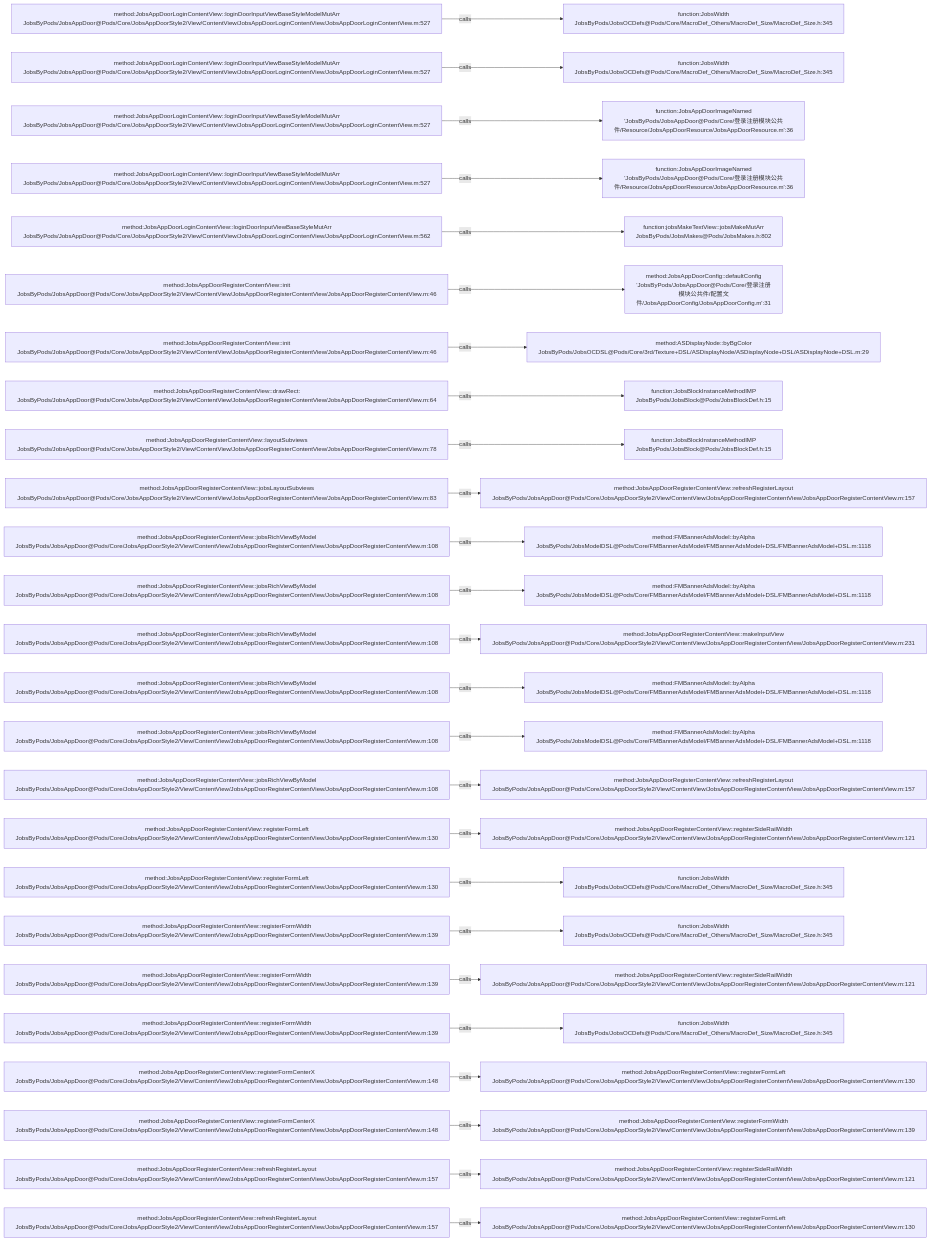
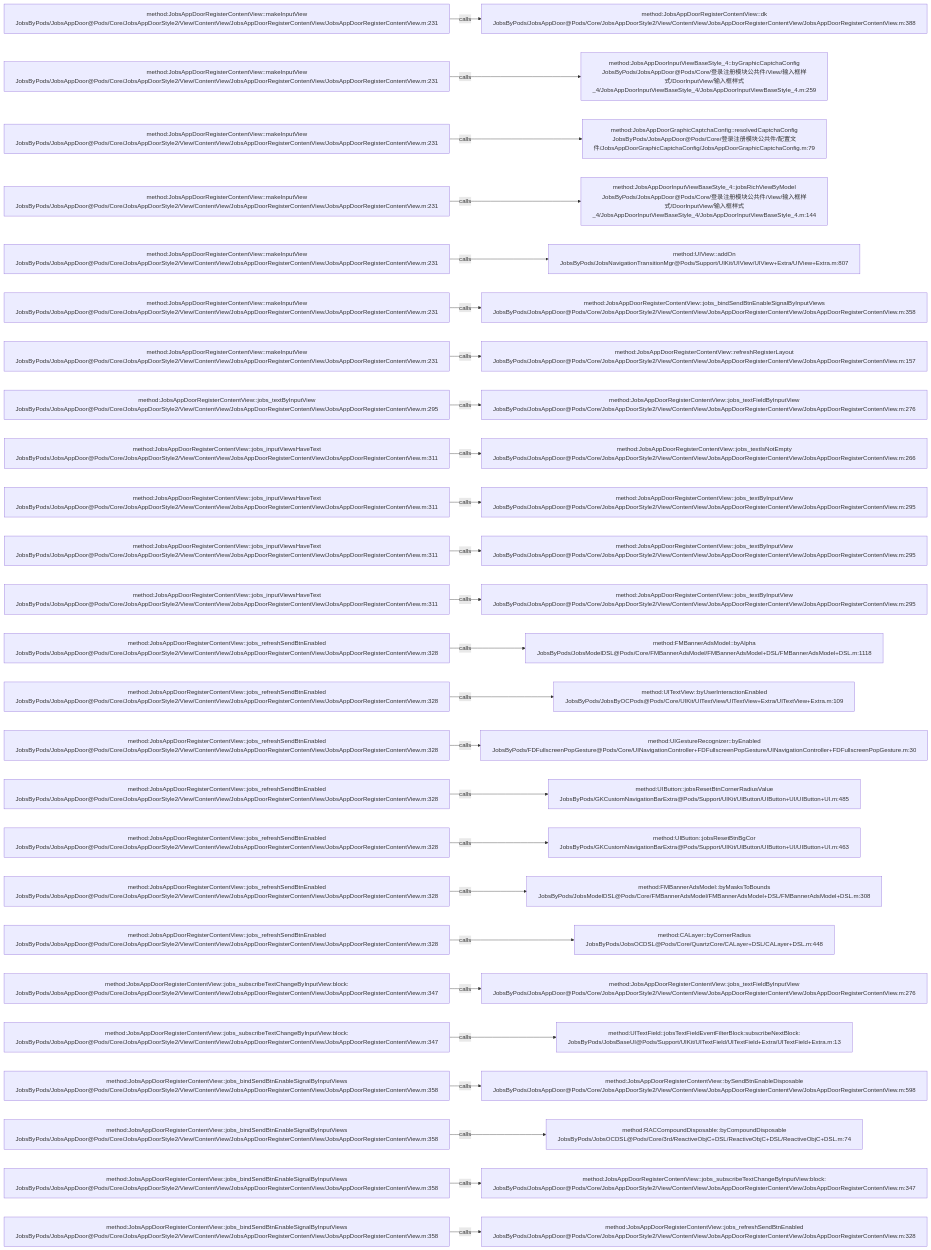
One commit to JobsKits/JobsOCBaseConfigDemo changed the diagram in .codegraph/codegraph.md/graphs/calls-128.md. Above: the diagram before and after it, drawn with Mermaid. The commit also changed 223 other files, not shown here.

````diff
--- a/.codegraph/codegraph.md/graphs/calls-128.md
+++ b/.codegraph/codegraph.md/graphs/calls-128.md
@@ -13,78 +13,78 @@
 ```mermaid
 flowchart LR
-  S1["method:JobsAppDoorLoginContentView::loginDoorInputViewBaseStyleModelMutArr<br/>JobsByPods/JobsAppDoor@Pods/Core/JobsAppDoorStyle2/View/ContentView/JobsAppDoorLoginContentView/JobsAppDoorLoginContentView.m:527"]
-  T1["function:JobsWidth<br/>JobsByPods/JobsOCDefs@Pods/Core/MacroDef_Others/MacroDef_Size/MacroDef_Size.h:345"]
+  S1["method:JobsAppDoorRegisterContentView::makeInputView<br/>JobsByPods/JobsAppDoor@Pods/Core/JobsAppDoorStyle2/View/ContentView/JobsAppDoorRegisterContentView/JobsAppDoorRegisterContentView.m:231"]
+  T1["method:JobsAppDoorRegisterContentView::dk<br/>JobsByPods/JobsAppDoor@Pods/Core/JobsAppDoorStyle2/View/ContentView/JobsAppDoorRegisterContentView/JobsAppDoorRegisterContentView.m:388"]
   S1 -->|calls| T1
-  S2["method:JobsAppDoorLoginContentView::loginDoorInputViewBaseStyleModelMutArr<br/>JobsByPods/JobsAppDoor@Pods/Core/JobsAppDoorStyle2/View/ContentView/JobsAppDoorLoginContentView/JobsAppDoorLoginContentView.m:527"]
-  T2["function:JobsWidth<br/>JobsByPods/JobsOCDefs@Pods/Core/MacroDef_Others/MacroDef_Size/MacroDef_Size.h:345"]
+  S2["method:JobsAppDoorRegisterContentView::makeInputView<br/>JobsByPods/JobsAppDoor@Pods/Core/JobsAppDoorStyle2/View/ContentView/JobsAppDoorRegisterContentView/JobsAppDoorRegisterContentView.m:231"]
+  T2["method:JobsAppDoorInputViewBaseStyle_4::byGraphicCaptchaConfig<br/>JobsByPods/JobsAppDoor@Pods/Core/登录注册模块公共件/View/输入框样式/DoorInputView/输入框样式_4/JobsAppDoorInputViewBaseStyle_4/JobsAppDoorInputViewBaseStyle_4.m:259"]
   S2 -->|calls| T2
-  S3["method:JobsAppDoorLoginContentView::loginDoorInputViewBaseStyleModelMutArr<br/>JobsByPods/JobsAppDoor@Pods/Core/JobsAppDoorStyle2/View/ContentView/JobsAppDoorLoginContentView/JobsAppDoorLoginContentView.m:527"]
-  T3["function:JobsAppDoorImageNamed<br/>'JobsByPods/JobsAppDoor@Pods/Core/登录注册模块公共件/Resource/JobsAppDoorResource/JobsAppDoorResource.m':36"]
+  S3["method:JobsAppDoorRegisterContentView::makeInputView<br/>JobsByPods/JobsAppDoor@Pods/Core/JobsAppDoorStyle2/View/ContentView/JobsAppDoorRegisterContentView/JobsAppDoorRegisterContentView.m:231"]
+  T3["method:JobsAppDoorGraphicCaptchaConfig::resolvedCaptchaConfig<br/>JobsByPods/JobsAppDoor@Pods/Core/登录注册模块公共件/配置文件/JobsAppDoorGraphicCaptchaConfig/JobsAppDoorGraphicCaptchaConfig.m:79"]
   S3 -->|calls| T3
-  S4["method:JobsAppDoorLoginContentView::loginDoorInputViewBaseStyleModelMutArr<br/>JobsByPods/JobsAppDoor@Pods/Core/JobsAppDoorStyle2/View/ContentView/JobsAppDoorLoginContentView/JobsAppDoorLoginContentView.m:527"]
-  T4["function:JobsAppDoorImageNamed<br/>'JobsByPods/JobsAppDoor@Pods/Core/登录注册模块公共件/Resource/JobsAppDoorResource/JobsAppDoorResource.m':36"]
+  S4["method:JobsAppDoorRegisterContentView::makeInputView<br/>JobsByPods/JobsAppDoor@Pods/Core/JobsAppDoorStyle2/View/ContentView/JobsAppDoorRegisterContentView/JobsAppDoorRegisterContentView.m:231"]
+  T4["method:JobsAppDoorInputViewBaseStyle_4::jobsRichViewByModel<br/>JobsByPods/JobsAppDoor@Pods/Core/登录注册模块公共件/View/输入框样式/DoorInputView/输入框样式_4/JobsAppDoorInputViewBaseStyle_4/JobsAppDoorInputViewBaseStyle_4.m:144"]
   S4 -->|calls| T4
-  S5["method:JobsAppDoorLoginContentView::loginDoorInputViewBaseStyleMutArr<br/>JobsByPods/JobsAppDoor@Pods/Core/JobsAppDoorStyle2/View/ContentView/JobsAppDoorLoginContentView/JobsAppDoorLoginContentView.m:562"]
-  T5["function:jobsMakeTextView::jobsMakeMutArr<br/>JobsByPods/JobsMakes@Pods/JobsMakes.h:802"]
+  S5["method:JobsAppDoorRegisterContentView::makeInputView<br/>JobsByPods/JobsAppDoor@Pods/Core/JobsAppDoorStyle2/View/ContentView/JobsAppDoorRegisterContentView/JobsAppDoorRegisterContentView.m:231"]
+  T5["method:UIView::addOn<br/>JobsByPods/JobsNavigationTransitionMgr@Pods/Support/UIKit/UIView/UIView+Extra/UIView+Extra.m:807"]
   S5 -->|calls| T5
-  S6["method:JobsAppDoorRegisterContentView::init<br/>JobsByPods/JobsAppDoor@Pods/Core/JobsAppDoorStyle2/View/ContentView/JobsAppDoorRegisterContentView/JobsAppDoorRegisterContentView.m:46"]
-  T6["method:JobsAppDoorConfig::defaultConfig<br/>'JobsByPods/JobsAppDoor@Pods/Core/登录注册模块公共件/配置文件/JobsAppDoorConfig/JobsAppDoorConfig.m':31"]
+  S6["method:JobsAppDoorRegisterContentView::makeInputView<br/>JobsByPods/JobsAppDoor@Pods/Core/JobsAppDoorStyle2/View/ContentView/JobsAppDoorRegisterContentView/JobsAppDoorRegisterContentView.m:231"]
+  T6["method:JobsAppDoorRegisterContentView::jobs_bindSendBtnEnableSignalByInputViews<br/>JobsByPods/JobsAppDoor@Pods/Core/JobsAppDoorStyle2/View/ContentView/JobsAppDoorRegisterContentView/JobsAppDoorRegisterContentView.m:358"]
   S6 -->|calls| T6
-  S7["method:JobsAppDoorRegisterContentView::init<br/>JobsByPods/JobsAppDoor@Pods/Core/JobsAppDoorStyle2/View/ContentView/JobsAppDoorRegisterContentView/JobsAppDoorRegisterContentView.m:46"]
-  T7["method:ASDisplayNode::byBgColor<br/>JobsByPods/JobsOCDSL@Pods/Core/3rd/Texture+DSL/ASDisplayNode/ASDisplayNode+DSL/ASDisplayNode+DSL.m:29"]
+  S7["method:JobsAppDoorRegisterContentView::makeInputView<br/>JobsByPods/JobsAppDoor@Pods/Core/JobsAppDoorStyle2/View/ContentView/JobsAppDoorRegisterContentView/JobsAppDoorRegisterContentView.m:231"]
+  T7["method:JobsAppDoorRegisterContentView::refreshRegisterLayout<br/>JobsByPods/JobsAppDoor@Pods/Core/JobsAppDoorStyle2/View/ContentView/JobsAppDoorRegisterContentView/JobsAppDoorRegisterContentView.m:157"]
   S7 -->|calls| T7
-  S8["method:JobsAppDoorRegisterContentView::drawRect:<br/>JobsByPods/JobsAppDoor@Pods/Core/JobsAppDoorStyle2/View/ContentView/JobsAppDoorRegisterContentView/JobsAppDoorRegisterContentView.m:64"]
-  T8["function:JobsBlockInstanceMethodIMP<br/>JobsByPods/JobsBlock@Pods/JobsBlockDef.h:15"]
+  S8["method:JobsAppDoorRegisterContentView::jobs_textByInputView<br/>JobsByPods/JobsAppDoor@Pods/Core/JobsAppDoorStyle2/View/ContentView/JobsAppDoorRegisterContentView/JobsAppDoorRegisterContentView.m:295"]
+  T8["method:JobsAppDoorRegisterContentView::jobs_textFieldByInputView<br/>JobsByPods/JobsAppDoor@Pods/Core/JobsAppDoorStyle2/View/ContentView/JobsAppDoorRegisterContentView/JobsAppDoorRegisterContentView.m:276"]
   S8 -->|calls| T8
-  S9["method:JobsAppDoorRegisterContentView::layoutSubviews<br/>JobsByPods/JobsAppDoor@Pods/Core/JobsAppDoorStyle2/View/ContentView/JobsAppDoorRegisterContentView/JobsAppDoorRegisterContentView.m:78"]
-  T9["function:JobsBlockInstanceMethodIMP<br/>JobsByPods/JobsBlock@Pods/JobsBlockDef.h:15"]
+  S9["method:JobsAppDoorRegisterContentView::jobs_inputViewsHaveText<br/>JobsByPods/JobsAppDoor@Pods/Core/JobsAppDoorStyle2/View/ContentView/JobsAppDoorRegisterContentView/JobsAppDoorRegisterContentView.m:311"]
+  T9["method:JobsAppDoorRegisterContentView::jobs_textIsNotEmpty<br/>JobsByPods/JobsAppDoor@Pods/Core/JobsAppDoorStyle2/View/ContentView/JobsAppDoorRegisterContentView/JobsAppDoorRegisterContentView.m:266"]
   S9 -->|calls| T9
-  S10["method:JobsAppDoorRegisterContentView::jobsLayoutSubviews<br/>JobsByPods/JobsAppDoor@Pods/Core/JobsAppDoorStyle2/View/ContentView/JobsAppDoorRegisterContentView/JobsAppDoorRegisterContentView.m:83"]
-  T10["method:JobsAppDoorRegisterContentView::refreshRegisterLayout<br/>JobsByPods/JobsAppDoor@Pods/Core/JobsAppDoorStyle2/View/ContentView/JobsAppDoorRegisterContentView/JobsAppDoorRegisterContentView.m:157"]
+  S10["method:JobsAppDoorRegisterContentView::jobs_inputViewsHaveText<br/>JobsByPods/JobsAppDoor@Pods/Core/JobsAppDoorStyle2/View/ContentView/JobsAppDoorRegisterContentView/JobsAppDoorRegisterContentView.m:311"]
+  T10["method:JobsAppDoorRegisterContentView::jobs_textByInputView<br/>JobsByPods/JobsAppDoor@Pods/Core/JobsAppDoorStyle2/View/ContentView/JobsAppDoorRegisterContentView/JobsAppDoorRegisterContentView.m:295"]
   S10 -->|calls| T10
-  S11["method:JobsAppDoorRegisterContentView::jobsRichViewByModel<br/>JobsByPods/JobsAppDoor@Pods/Core/JobsAppDoorStyle2/View/ContentView/JobsAppDoorRegisterContentView/JobsAppDoorRegisterContentView.m:108"]
-  T11["method:FMBannerAdsModel::byAlpha<br/>JobsByPods/JobsModelDSL@Pods/Core/FMBannerAdsModel/FMBannerAdsModel+DSL/FMBannerAdsModel+DSL.m:1118"]
+  S11["method:JobsAppDoorRegisterContentView::jobs_inputViewsHaveText<br/>JobsByPods/JobsAppDoor@Pods/Core/JobsAppDoorStyle2/View/ContentView/JobsAppDoorRegisterContentView/JobsAppDoorRegisterContentView.m:311"]
+  T11["method:JobsAppDoorRegisterContentView::jobs_textByInputView<br/>JobsByPods/JobsAppDoor@Pods/Core/JobsAppDoorStyle2/View/ContentView/JobsAppDoorRegisterContentView/JobsAppDoorRegisterContentView.m:295"]
   S11 -->|calls| T11
-  S12["method:JobsAppDoorRegisterContentView::jobsRichViewByModel<br/>JobsByPods/JobsAppDoor@Pods/Core/JobsAppDoorStyle2/View/ContentView/JobsAppDoorRegisterContentView/JobsAppDoorRegisterContentView.m:108"]
-  T12["method:FMBannerAdsModel::byAlpha<br/>JobsByPods/JobsModelDSL@Pods/Core/FMBannerAdsModel/FMBannerAdsModel+DSL/FMBannerAdsModel+DSL.m:1118"]
+  S12["method:JobsAppDoorRegisterContentView::jobs_inputViewsHaveText<br/>JobsByPods/JobsAppDoor@Pods/Core/JobsAppDoorStyle2/View/ContentView/JobsAppDoorRegisterContentView/JobsAppDoorRegisterContentView.m:311"]
+  T12["method:JobsAppDoorRegisterContentView::jobs_textByInputView<br/>JobsByPods/JobsAppDoor@Pods/Core/JobsAppDoorStyle2/View/ContentView/JobsAppDoorRegisterContentView/JobsAppDoorRegisterContentView.m:295"]
   S12 -->|calls| T12
-  S13["method:JobsAppDoorRegisterContentView::jobsRichViewByModel<br/>JobsByPods/JobsAppDoor@Pods/Core/JobsAppDoorStyle2/View/ContentView/JobsAppDoorRegisterContentView/JobsAppDoorRegisterContentView.m:108"]
-  T13["method:JobsAppDoorRegisterContentView::makeInputView<br/>JobsByPods/JobsAppDoor@Pods/Core/JobsAppDoorStyle2/View/ContentView/JobsAppDoorRegisterContentView/JobsAppDoorRegisterContentView.m:231"]
+  S13["method:JobsAppDoorRegisterContentView::jobs_refreshSendBtnEnabled<br/>JobsByPods/JobsAppDoor@Pods/Core/JobsAppDoorStyle2/View/ContentView/JobsAppDoorRegisterContentView/JobsAppDoorRegisterContentView.m:328"]
+  T13["method:FMBannerAdsModel::byAlpha<br/>JobsByPods/JobsModelDSL@Pods/Core/FMBannerAdsModel/FMBannerAdsModel+DSL/FMBannerAdsModel+DSL.m:1118"]
   S13 -->|calls| T13
-  S14["method:JobsAppDoorRegisterContentView::jobsRichViewByModel<br/>JobsByPods/JobsAppDoor@Pods/Core/JobsAppDoorStyle2/View/ContentView/JobsAppDoorRegisterContentView/JobsAppDoorRegisterContentView.m:108"]
-  T14["method:FMBannerAdsModel::byAlpha<br/>JobsByPods/JobsModelDSL@Pods/Core/FMBannerAdsModel/FMBannerAdsModel+DSL/FMBannerAdsModel+DSL.m:1118"]
+  S14["method:JobsAppDoorRegisterContentView::jobs_refreshSendBtnEnabled<br/>JobsByPods/JobsAppDoor@Pods/Core/JobsAppDoorStyle2/View/ContentView/JobsAppDoorRegisterContentView/JobsAppDoorRegisterContentView.m:328"]
+  T14["method:UITextView::byUserInteractionEnabled<br/>JobsByPods/JobsByOCPods@Pods/Core/UIKit/UITextView/UITextView+Extra/UITextView+Extra.m:109"]
   S14 -->|calls| T14
-  S15["method:JobsAppDoorRegisterContentView::jobsRichViewByModel<br/>JobsByPods/JobsAppDoor@Pods/Core/JobsAppDoorStyle2/View/ContentView/JobsAppDoorRegisterContentView/JobsAppDoorRegisterContentView.m:108"]
-  T15["method:FMBannerAdsModel::byAlpha<br/>JobsByPods/JobsModelDSL@Pods/Core/FMBannerAdsModel/FMBannerAdsModel+DSL/FMBannerAdsModel+DSL.m:1118"]
+  S15["method:JobsAppDoorRegisterContentView::jobs_refreshSendBtnEnabled<br/>JobsByPods/JobsAppDoor@Pods/Core/JobsAppDoorStyle2/View/ContentView/JobsAppDoorRegisterContentView/JobsAppDoorRegisterContentView.m:328"]
+  T15["method:UIGestureRecognizer::byEnabled<br/>JobsByPods/FDFullscreenPopGesture@Pods/Core/UINavigationController+FDFullscreenPopGesture/UINavigationController+FDFullscreenPopGesture.m:30"]
   S15 -->|calls| T15
-  S16["method:JobsAppDoorRegisterContentView::jobsRichViewByModel<br/>JobsByPods/JobsAppDoor@Pods/Core/JobsAppDoorStyle2/View/ContentView/JobsAppDoorRegisterContentView/JobsAppDoorRegisterContentView.m:108"]
-  T16["method:JobsAppDoorRegisterContentView::refreshRegisterLayout<br/>JobsByPods/JobsAppDoor@Pods/Core/JobsAppDoorStyle2/View/ContentView/JobsAppDoorRegisterContentView/JobsAppDoorRegisterContentView.m:157"]
+  S16["method:JobsAppDoorRegisterContentView::jobs_refreshSendBtnEnabled<br/>JobsByPods/JobsAppDoor@Pods/Core/JobsAppDoorStyle2/View/ContentView/JobsAppDoorRegisterContentView/JobsAppDoorRegisterContentView.m:328"]
+  T16["method:UIButton::jobsResetBtnCornerRadiusValue<br/>JobsByPods/GKCustomNavigationBarExtra@Pods/Support/UIKit/UIButton/UIButton+UI/UIButton+UI.m:485"]
   S16 -->|calls| T16
-  S17["method:JobsAppDoorRegisterContentView::registerFormLeft<br/>JobsByPods/JobsAppDoor@Pods/Core/JobsAppDoorStyle2/View/ContentView/JobsAppDoorRegisterContentView/JobsAppDoorRegisterContentView.m:130"]
-  T17["method:JobsAppDoorRegisterContentView::registerSideRailWidth<br/>JobsByPods/JobsAppDoor@Pods/Core/JobsAppDoorStyle2/View/ContentView/JobsAppDoorRegisterContentView/JobsAppDoorRegisterContentView.m:121"]
+  S17["method:JobsAppDoorRegisterContentView::jobs_refreshSendBtnEnabled<br/>JobsByPods/JobsAppDoor@Pods/Core/JobsAppDoorStyle2/View/ContentView/JobsAppDoorRegisterContentView/JobsAppDoorRegisterContentView.m:328"]
+  T17["method:UIButton::jobsResetBtnBgCor<br/>JobsByPods/GKCustomNavigationBarExtra@Pods/Support/UIKit/UIButton/UIButton+UI/UIButton+UI.m:463"]
   S17 -->|calls| T17
-  S18["method:JobsAppDoorRegisterContentView::registerFormLeft<br/>JobsByPods/JobsAppDoor@Pods/Core/JobsAppDoorStyle2/View/ContentView/JobsAppDoorRegisterContentView/JobsAppDoorRegisterContentView.m:130"]
-  T18["function:JobsWidth<br/>JobsByPods/JobsOCDefs@Pods/Core/MacroDef_Others/MacroDef_Size/MacroDef_Size.h:345"]
+  S18["method:JobsAppDoorRegisterContentView::jobs_refreshSendBtnEnabled<br/>JobsByPods/JobsAppDoor@Pods/Core/JobsAppDoorStyle2/View/ContentView/JobsAppDoorRegisterContentView/JobsAppDoorRegisterContentView.m:328"]
+  T18["method:FMBannerAdsModel::byMasksToBounds<br/>JobsByPods/JobsModelDSL@Pods/Core/FMBannerAdsModel/FMBannerAdsModel+DSL/FMBannerAdsModel+DSL.m:308"]
   S18 -->|calls| T18
-  S19["method:JobsAppDoorRegisterContentView::registerFormWidth<br/>JobsByPods/JobsAppDoor@Pods/Core/JobsAppDoorStyle2/View/ContentView/JobsAppDoorRegisterContentView/JobsAppDoorRegisterContentView.m:139"]
-  T19["function:JobsWidth<br/>JobsByPods/JobsOCDefs@Pods/Core/MacroDef_Others/MacroDef_Size/MacroDef_Size.h:345"]
+  S19["method:JobsAppDoorRegisterContentView::jobs_refreshSendBtnEnabled<br/>JobsByPods/JobsAppDoor@Pods/Core/JobsAppDoorStyle2/View/ContentView/JobsAppDoorRegisterContentView/JobsAppDoorRegisterContentView.m:328"]
+  T19["method:CALayer::byCornerRadius<br/>JobsByPods/JobsOCDSL@Pods/Core/QuartzCore/CALayer+DSL/CALayer+DSL.m:448"]
   S19 -->|calls| T19
-  S20["method:JobsAppDoorRegisterContentView::registerFormWidth<br/>JobsByPods/JobsAppDoor@Pods/Core/JobsAppDoorStyle2/View/ContentView/JobsAppDoorRegisterContentView/JobsAppDoorRegisterContentView.m:139"]
-  T20["method:JobsAppDoorRegisterContentView::registerSideRailWidth<br/>JobsByPods/JobsAppDoor@Pods/Core/JobsAppDoorStyle2/View/ContentView/JobsAppDoorRegisterContentView/JobsAppDoorRegisterContentView.m:121"]
+  S20["method:JobsAppDoorRegisterContentView::jobs_subscribeTextChangeByInputView:block:<br/>JobsByPods/JobsAppDoor@Pods/Core/JobsAppDoorStyle2/View/ContentView/JobsAppDoorRegisterContentView/JobsAppDoorRegisterContentView.m:347"]
+  T20["method:JobsAppDoorRegisterContentView::jobs_textFieldByInputView<br/>JobsByPods/JobsAppDoor@Pods/Core/JobsAppDoorStyle2/View/ContentView/JobsAppDoorRegisterContentView/JobsAppDoorRegisterContentView.m:276"]
   S20 -->|calls| T20
-  S21["method:JobsAppDoorRegisterContentView::registerFormWidth<br/>JobsByPods/JobsAppDoor@Pods/Core/JobsAppDoorStyle2/View/ContentView/JobsAppDoorRegisterContentView/JobsAppDoorRegisterContentView.m:139"]
-  T21["function:JobsWidth<br/>JobsByPods/JobsOCDefs@Pods/Core/MacroDef_Others/MacroDef_Size/MacroDef_Size.h:345"]
+  S21["method:JobsAppDoorRegisterContentView::jobs_subscribeTextChangeByInputView:block:<br/>JobsByPods/JobsAppDoor@Pods/Core/JobsAppDoorStyle2/View/ContentView/JobsAppDoorRegisterContentView/JobsAppDoorRegisterContentView.m:347"]
+  T21["method:UITextField::jobsTextFieldEventFilterBlock:subscribeNextBlock:<br/>JobsByPods/JobsBaseUI@Pods/Support/UIKit/UITextField/UITextField+Extra/UITextField+Extra.m:13"]
   S21 -->|calls| T21
-  S22["method:JobsAppDoorRegisterContentView::registerFormCenterX<br/>JobsByPods/JobsAppDoor@Pods/Core/JobsAppDoorStyle2/View/ContentView/JobsAppDoorRegisterContentView/JobsAppDoorRegisterContentView.m:148"]
-  T22["method:JobsAppDoorRegisterContentView::registerFormLeft<br/>JobsByPods/JobsAppDoor@Pods/Core/JobsAppDoorStyle2/View/ContentView/JobsAppDoorRegisterContentView/JobsAppDoorRegisterContentView.m:130"]
+  S22["method:JobsAppDoorRegisterContentView::jobs_bindSendBtnEnableSignalByInputViews<br/>JobsByPods/JobsAppDoor@Pods/Core/JobsAppDoorStyle2/View/ContentView/JobsAppDoorRegisterContentView/JobsAppDoorRegisterContentView.m:358"]
+  T22["method:JobsAppDoorRegisterContentView::bySendBtnEnableDisposable<br/>JobsByPods/JobsAppDoor@Pods/Core/JobsAppDoorStyle2/View/ContentView/JobsAppDoorRegisterContentView/JobsAppDoorRegisterContentView.m:598"]
   S22 -->|calls| T22
-  S23["method:JobsAppDoorRegisterContentView::registerFormCenterX<br/>JobsByPods/JobsAppDoor@Pods/Core/JobsAppDoorStyle2/View/ContentView/JobsAppDoorRegisterContentView/JobsAppDoorRegisterContentView.m:148"]
-  T23["method:JobsAppDoorRegisterContentView::registerFormWidth<br/>JobsByPods/JobsAppDoor@Pods/Core/JobsAppDoorStyle2/View/ContentView/JobsAppDoorRegisterContentView/JobsAppDoorRegisterContentView.m:139"]
+  S23["method:JobsAppDoorRegisterContentView::jobs_bindSendBtnEnableSignalByInputViews<br/>JobsByPods/JobsAppDoor@Pods/Core/JobsAppDoorStyle2/View/ContentView/JobsAppDoorRegisterContentView/JobsAppDoorRegisterContentView.m:358"]
+  T23["method:RACCompoundDisposable::byCompoundDisposable<br/>JobsByPods/JobsOCDSL@Pods/Core/3rd/ReactiveObjC+DSL/ReactiveObjC+DSL/ReactiveObjC+DSL.m:74"]
   S23 -->|calls| T23
-  S24["method:JobsAppDoorRegisterContentView::refreshRegisterLayout<br/>JobsByPods/JobsAppDoor@Pods/Core/JobsAppDoorStyle2/View/ContentView/JobsAppDoorRegisterContentView/JobsAppDoorRegisterContentView.m:157"]
-  T24["method:JobsAppDoorRegisterContentView::registerSideRailWidth<br/>JobsByPods/JobsAppDoor@Pods/Core/JobsAppDoorStyle2/View/ContentView/JobsAppDoorRegisterContentView/JobsAppDoorRegisterContentView.m:121"]
+  S24["method:JobsAppDoorRegisterContentView::jobs_bindSendBtnEnableSignalByInputViews<br/>JobsByPods/JobsAppDoor@Pods/Core/JobsAppDoorStyle2/View/ContentView/JobsAppDoorRegisterContentView/JobsAppDoorRegisterContentView.m:358"]
+  T24["method:JobsAppDoorRegisterContentView::jobs_subscribeTextChangeByInputView:block:<br/>JobsByPods/JobsAppDoor@Pods/Core/JobsAppDoorStyle2/View/ContentView/JobsAppDoorRegisterContentView/JobsAppDoorRegisterContentView.m:347"]
   S24 -->|calls| T24
-  S25["method:JobsAppDoorRegisterContentView::refreshRegisterLayout<br/>JobsByPods/JobsAppDoor@Pods/Core/JobsAppDoorStyle2/View/ContentView/JobsAppDoorRegisterContentView/JobsAppDoorRegisterContentView.m:157"]
-  T25["method:JobsAppDoorRegisterContentView::registerFormLeft<br/>JobsByPods/JobsAppDoor@Pods/Core/JobsAppDoorStyle2/View/ContentView/JobsAppDoorRegisterContentView/JobsAppDoorRegisterContentView.m:130"]
+  S25["method:JobsAppDoorRegisterContentView::jobs_bindSendBtnEnableSignalByInputViews<br/>JobsByPods/JobsAppDoor@Pods/Core/JobsAppDoorStyle2/View/ContentView/JobsAppDoorRegisterContentView/JobsAppDoorRegisterContentView.m:358"]
+  T25["method:JobsAppDoorRegisterContentView::jobs_refreshSendBtnEnabled<br/>JobsByPods/JobsAppDoor@Pods/Core/JobsAppDoorStyle2/View/ContentView/JobsAppDoorRegisterContentView/JobsAppDoorRegisterContentView.m:328"]
   S25 -->|calls| T25
 ```
````
